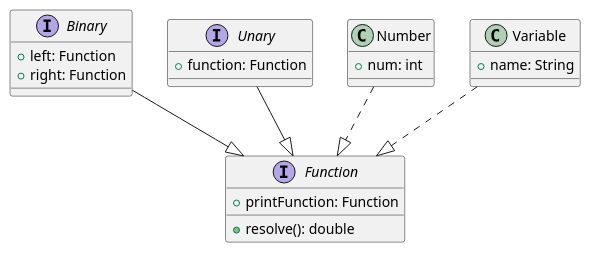
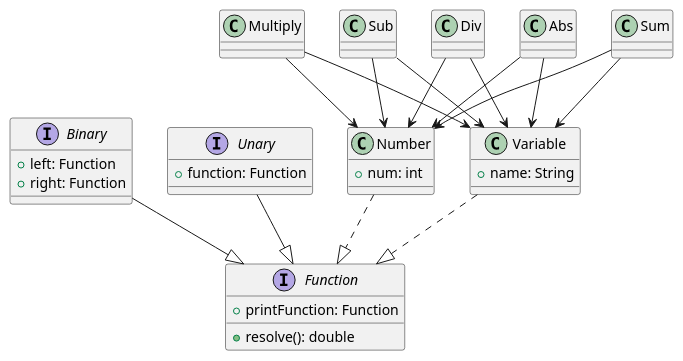
Before and after one commit to austral-ingsis-classroom/formula-anitaabramowich: the diagram in Function.puml, drawn with PlantUML. The commit also changed 10 other files, not shown here.

```diff
--- a/Function.puml
+++ b/Function.puml
@@ -1,36 +1,45 @@
 @startuml
 'https://plantuml.com/sequence-diagram
 
 
 interface Binary{
 +left: Function
 +right: Function
 }
 
 interface Unary {
 +function: Function
 }
 
 class Number{
 +num: int
 }
 
 class Variable{
 +name: String
 }
 
 interface Function{
 +resolve(): double
 +printFunction: Function
 }
 
 Binary --|> Function
 Unary --|> Function
 Number ..|> Function
 Variable ..|> Function
-
+Sum --> Variable
+Multiply --> Variable
+Sub --> Variable
+Div --> Variable
+Sum --> Number
+Abs --> Number
+Abs --> Variable
+Multiply --> Number
+Sub --> Number
+Div --> Number
 
 'hago new Sum(Variable, Variable) o numbers
 
 
 @enduml
```
